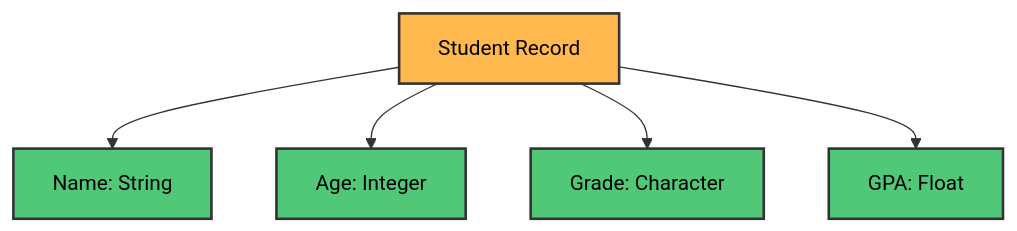
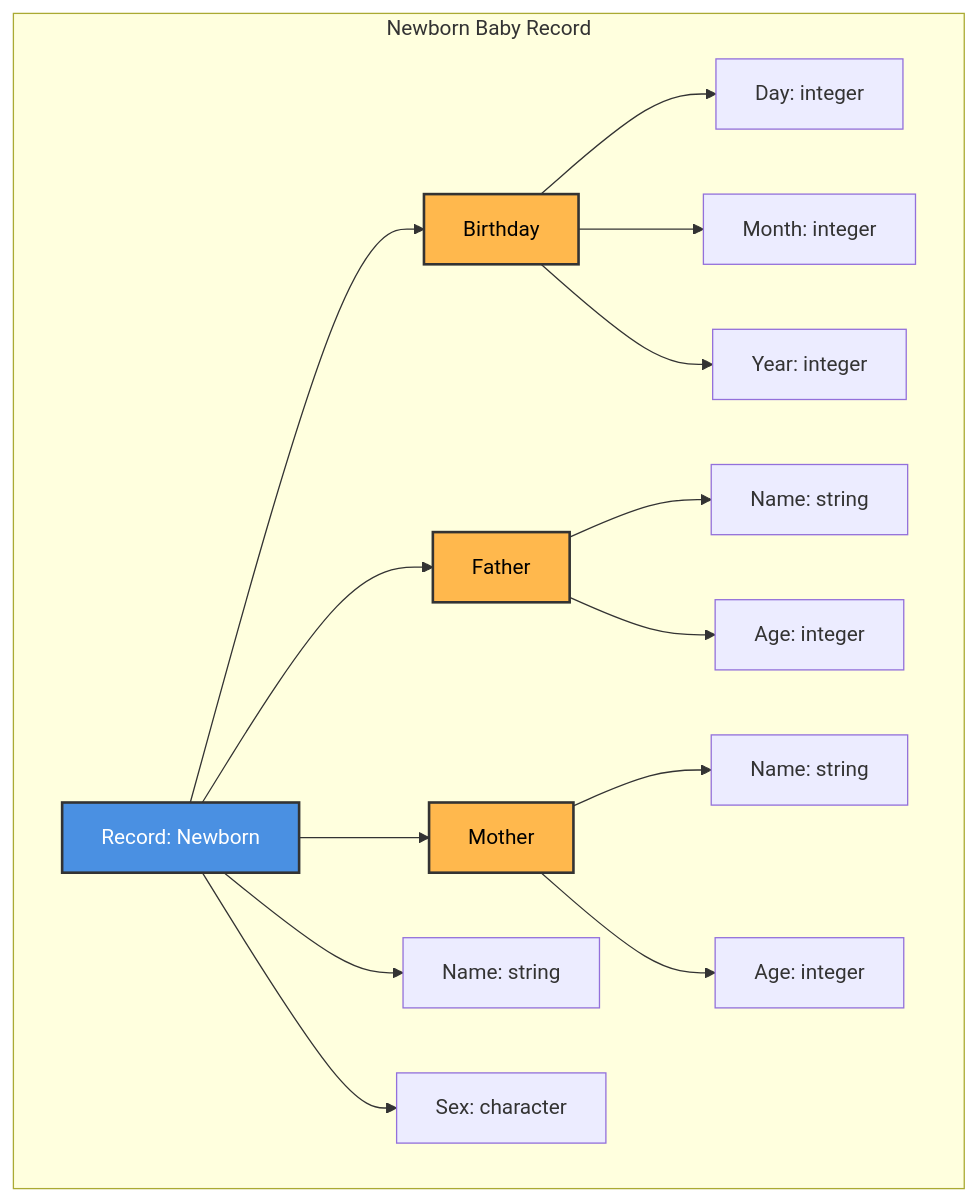
Before and after one commit to M-F-Tushar/CSE-2101-Data-Structure: diagram 34 of 39 in Chapter 4 - Arrays, Records and Pointers/README.md, drawn with Mermaid. The commit also changed other lines of this file, not shown here.

````diff
--- a/Chapter 4 - Arrays, Records and Pointers/README.md
+++ b/Chapter 4 - Arrays, Records and Pointers/README.md
@@ -1581,13 +1129,32 @@
 ```mermaid
 graph TD
-    A[Student Record] --> B[Name: String]
-    A --> C[Age: Integer]
-    A --> D[Grade: Character]
-    A --> E[GPA: Float]
+    subgraph "Newborn Baby Record"
+        R["Record: Newborn"]
+        N["Name: string"]
+        S["Sex: character"]
+        B["Birthday"]
+        F["Father"]
+        M["Mother"]
+        
+        B --> BD["Day: integer"]
+        B --> BM["Month: integer"]  
+        B --> BY["Year: integer"]
+        
+        F --> FN["Name: string"]
+        F --> FA["Age: integer"]
+        
+        M --> MN["Name: string"]
+        M --> MA["Age: integer"]
+    end
     
-    style A fill:#FFB84D,stroke:#333,stroke-width:2px,color:#000
-    style B fill:#50C878,stroke:#333,stroke-width:2px,color:#000
-    style C fill:#50C878,stroke:#333,stroke-width:2px,color:#000
-    style D fill:#50C878,stroke:#333,stroke-width:2px,color:#000
-    style E fill:#50C878,stroke:#333,stroke-width:2px,color:#000
+    R --> N
+    R --> S
+    R --> B
+    R --> F
+    R --> M
+    
+    style R fill:#4A90E2,stroke:#333,stroke-width:2px,color:#fff
+    style B fill:#FFB84D,stroke:#333,stroke-width:2px,color:#000
+    style F fill:#FFB84D,stroke:#333,stroke-width:2px,color:#000
+    style M fill:#FFB84D,stroke:#333,stroke-width:2px,color:#000
 ```
````
